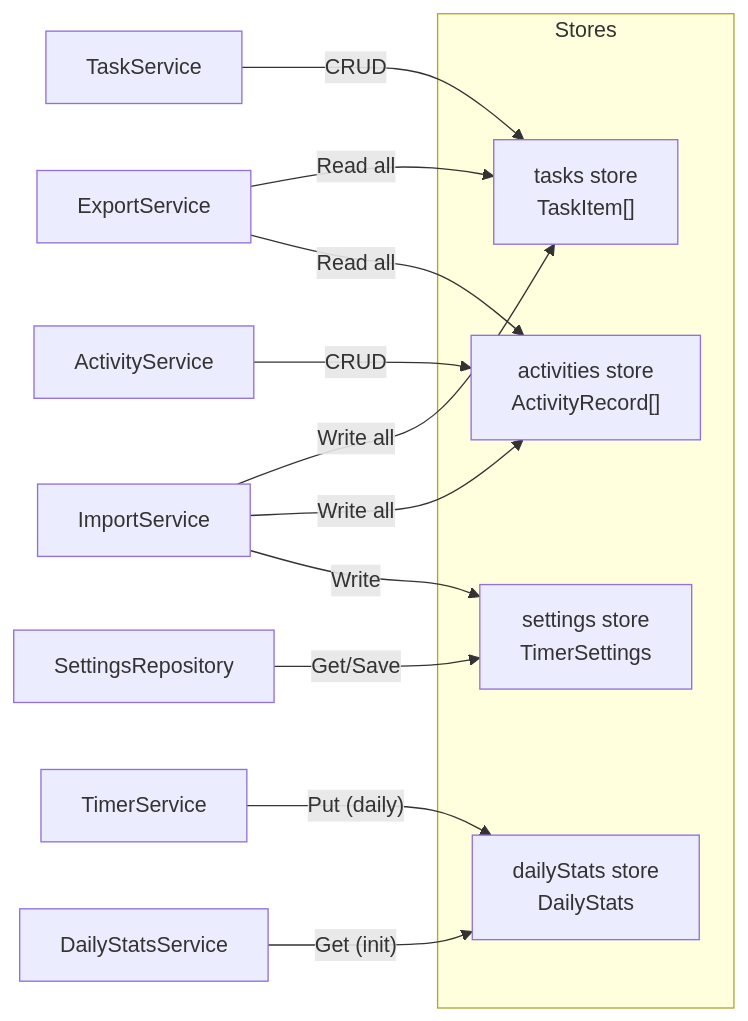
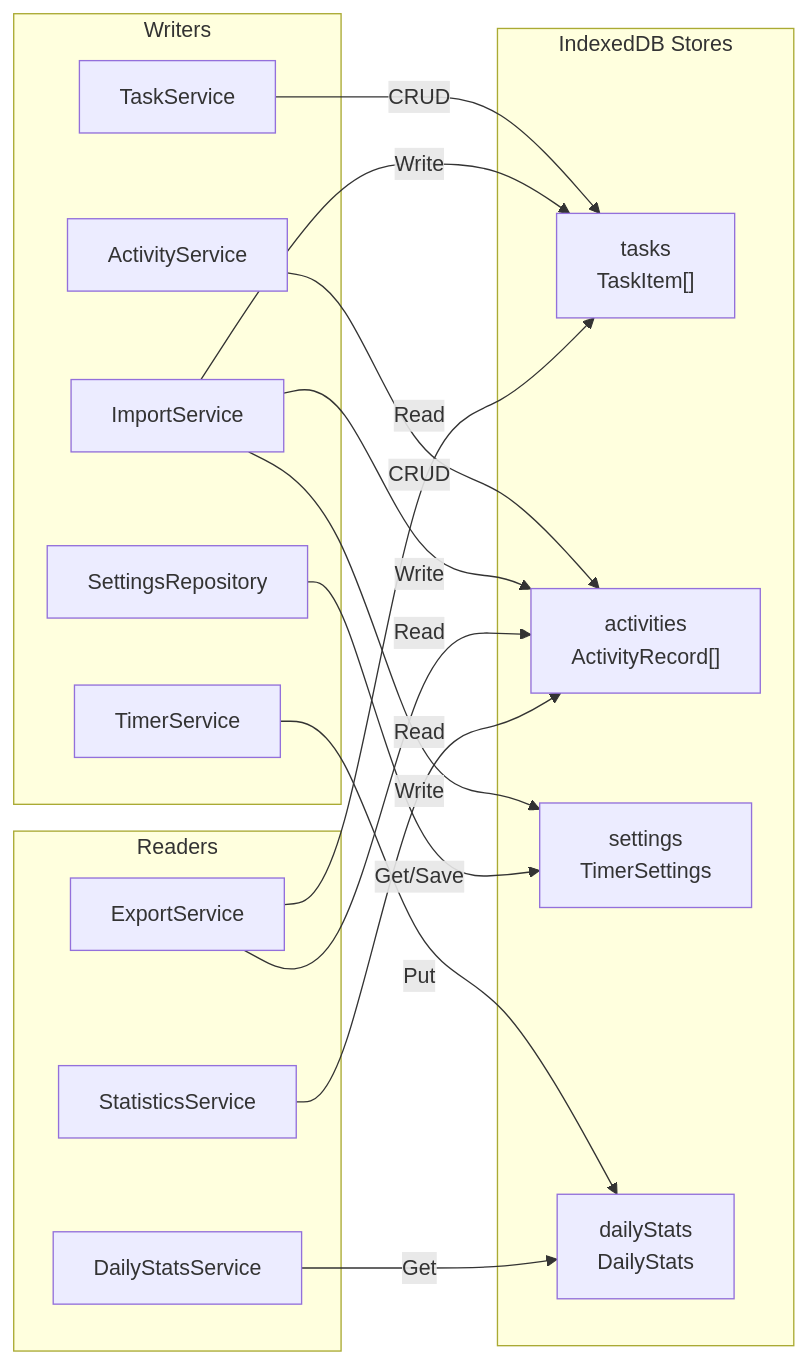
The ninth of 9 diagrams in CODEMAP.md (Nayeem170/Pomodoro), drawn with Mermaid before and after one commit. The commit also changed other lines of this file, not shown here.

Commit message:
docs: polish CODEMAP.md with Mermaid architecture, visual styling, and verified accuracy

````diff
--- a/CODEMAP.md
+++ b/CODEMAP.md
@@ -362,20 +470,36 @@
 ```mermaid
 graph LR
-    subgraph Stores
-        Tasks["tasks store<br/>TaskItem[]"]
-        Activities["activities store<br/>ActivityRecord[]"]
-        Settings["settings store<br/>TimerSettings"]
-        DailyStats["dailyStats store<br/>DailyStats"]
+    subgraph Stores["IndexedDB Stores"]
+        Tasks["tasks<br/>TaskItem[]"]
+        Activities["activities<br/>ActivityRecord[]"]
+        Settings["settings<br/>TimerSettings"]
+        DailyStats["dailyStats<br/>DailyStats"]
     end
 
-    TaskService -->|"CRUD"| Tasks
-    ActivityService -->|"CRUD"| Activities
-    SettingsRepository -->|"Get/Save"| Settings
-    TimerService -->|"Put (daily)"| DailyStats
-    DailyStatsService -->|"Get (init)"| DailyStats
-    ExportService -->|"Read all"| Tasks
-    ExportService -->|"Read all"| Activities
-    ImportService -->|"Write all"| Tasks
-    ImportService -->|"Write all"| Activities
-    ImportService -->|"Write"| Settings
+    subgraph Writers["Writers"]
+        TaskSvc["TaskService"]
+        ActSvc["ActivityService"]
+        TimerSvc["TimerService"]
+        ImportSvc["ImportService"]
+        SettingsRepo["SettingsRepository"]
+    end
+
+    subgraph Readers["Readers"]
+        ExportSvc["ExportService"]
+        DailyStatsSvc["DailyStatsService"]
+        StatisticsSvc["StatisticsService"]
+    end
+
+    TaskSvc -->|"CRUD"| Tasks
+    ActSvc -->|"CRUD"| Activities
+    TimerSvc -->|"Put"| DailyStats
+    ImportSvc -->|"Write"| Tasks
+    ImportSvc -->|"Write"| Activities
+    ImportSvc -->|"Write"| Settings
+    SettingsRepo -->|"Get/Save"| Settings
+
+    ExportSvc -->|"Read"| Tasks
+    ExportSvc -->|"Read"| Activities
+    DailyStatsSvc -->|"Get"| DailyStats
+    StatisticsSvc -->|"Read"| Activities
 ```
````
